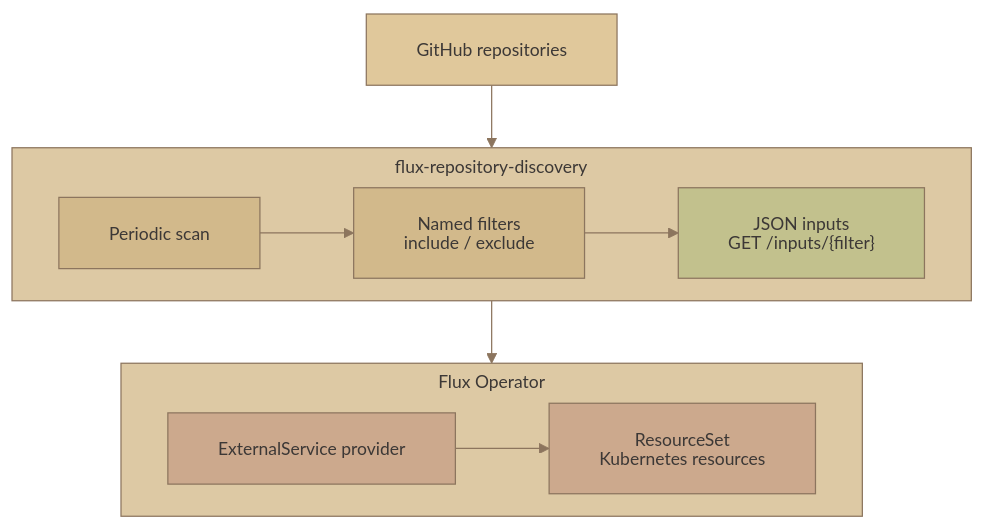
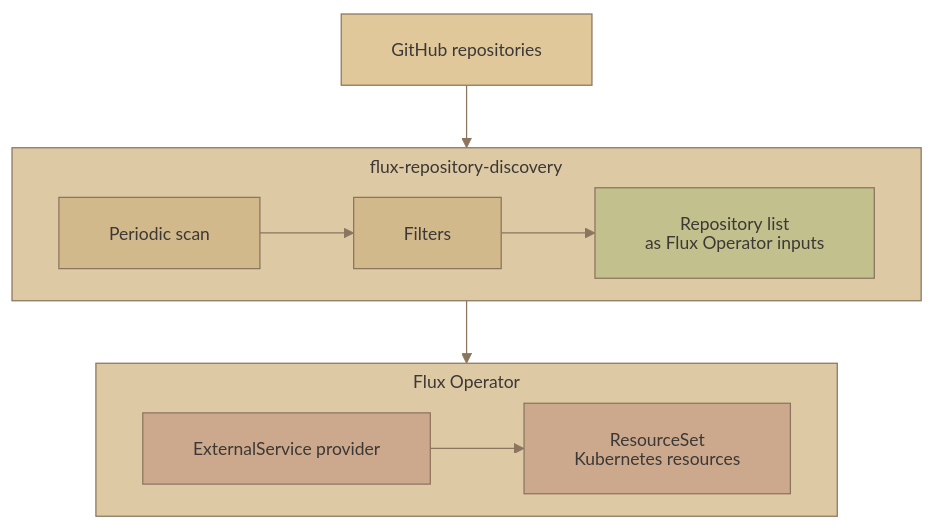
Before and after one commit to vterdunov/flux-repository-discovery: the diagram in README.md, drawn with Mermaid. The commit also changed other lines of this file and 7 other files, not shown here.

````diff
--- a/README.md
+++ b/README.md
@@ -9,51 +12,51 @@
 ```mermaid
 ---
 config:
   theme: base
   htmlLabels: false
   themeCSS: |
     .node rect { rx: 8px; ry: 8px; stroke-width: 1px; filter: drop-shadow(0px 3px 1px #3c383680) drop-shadow(0px 9px 7px #3c383659); }
     .cluster rect { rx: 12px; ry: 12px; filter: drop-shadow(0px 4px 2px #28282866) drop-shadow(0px 9px 9px #28282859); }
   themeVariables:
     fontFamily: "system-ui, sans-serif"
     fontSize: "14px"
     primaryColor: "#d2b98b"
     primaryTextColor: "#3c3836"
     primaryBorderColor: "#8c755e"
     lineColor: "#8c755e"
     textColor: "#3c3836"
     clusterBkg: "#ddc9a4"
     clusterBorder: "#8c755e"
     titleColor: "#3c3836"
   flowchart:
     nodeSpacing: 16
     rankSpacing: 50
     padding: 20
     diagramPadding: 48
     subGraphTitleMargin:
       top: 6
       bottom: 8
 ---
 flowchart TB
     github["GitHub repositories"]
 
     subgraph discovery["flux-repository-discovery"]
         direction LR
-        scan["Periodic scan"] --> filters["Named filters<br/>include / exclude"]
-        filters --> inputs["JSON inputs<br/>GET /inputs/{filter}"]
+        scan["Periodic scan"] --> filters["Filters"]
+        filters --> inputs["Repository list<br/>as Flux Operator inputs"]
     end
 
     subgraph flux["Flux Operator"]
         direction LR
         provider["ExternalService provider"] --> resources["ResourceSet<br/>Kubernetes resources"]
     end
 
     github --> discovery --> flux
 
     classDef source fill:#e0c89b,stroke:#8c755e,color:#3c3836
     classDef output fill:#c2c18d,stroke:#8c755e,color:#3c3836
     classDef consumer fill:#cca98d,stroke:#8c755e,color:#3c3836
     class github source
     class inputs output
     class provider,resources consumer
 ```
````
